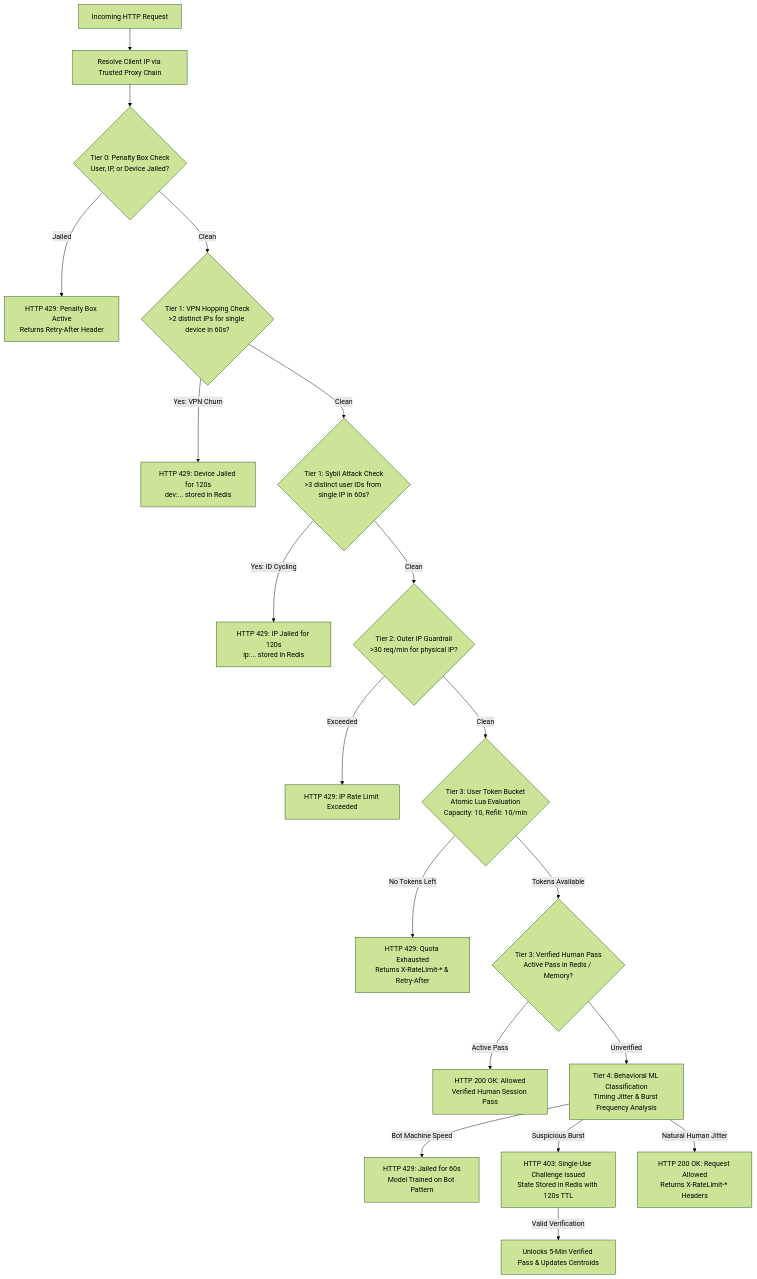
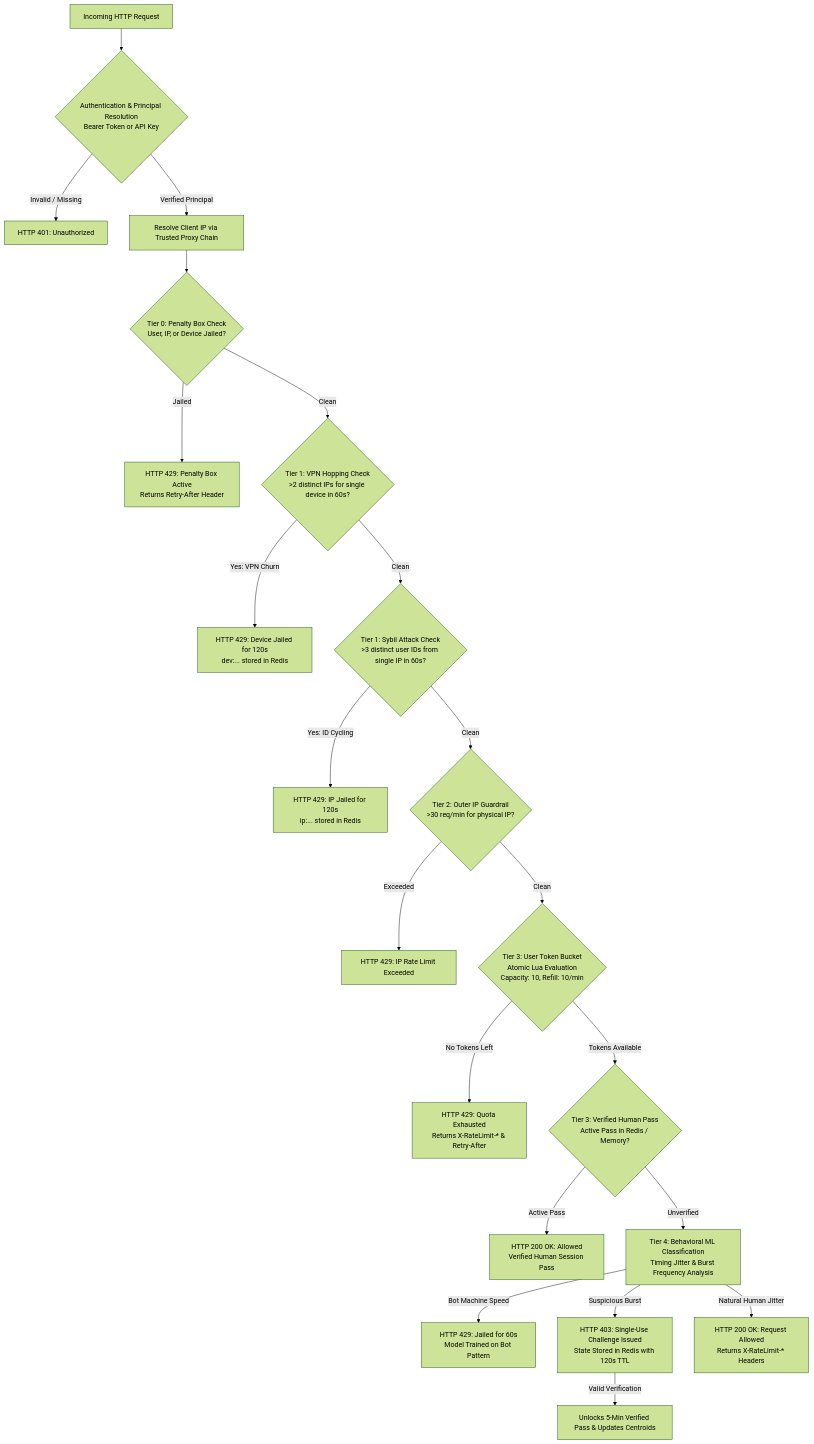
One commit to sharvi16/distributed-rate-limiter changed the diagram in README.md. Above: the diagram before and after it, drawn with Mermaid (forest theme). The commit also changed other lines of this file and 5 other files, not shown here.

Commit message:
fix(auth): enforce strict cryptographic signature, token expiry, entropy checks, and unified endpoint auth

````diff
--- a/README.md
+++ b/README.md
@@ -11,29 +11,31 @@
 ```mermaid
 flowchart TD
-    Req[Incoming HTTP Request] --> ResolveIP[Resolve Client IP via Trusted Proxy Chain]
+    Req[Incoming HTTP Request] --> AuthCheck{Authentication & Principal Resolution<br/>Bearer Token or API Key}
+    AuthCheck -->|Invalid / Missing| Reject401[HTTP 401: Unauthorized]
+    AuthCheck -->|Verified Principal| ResolveIP[Resolve Client IP via Trusted Proxy Chain]
     ResolveIP --> PenaltyCheck{Tier 0: Penalty Box Check<br/>User, IP, or Device Jailed?}
     
     PenaltyCheck -->|Jailed| BlockJail[HTTP 429: Penalty Box Active<br/>Returns Retry-After Header]
     PenaltyCheck -->|Clean| VPNHopping{Tier 1: VPN Hopping Check<br/>>2 distinct IPs for single device in 60s?}
     
     VPNHopping -->|Yes: VPN Churn| JailDevice[HTTP 429: Device Jailed for 120s<br/>dev:... stored in Redis]
     VPNHopping -->|Clean| SybilCheck{Tier 1: Sybil Attack Check<br/>>3 distinct user IDs from single IP in 60s?}
     
     SybilCheck -->|Yes: ID Cycling| JailIP[HTTP 429: IP Jailed for 120s<br/>ip:... stored in Redis]
     SybilCheck -->|Clean| OuterIPLimit{Tier 2: Outer IP Guardrail<br/>>30 req/min for physical IP?}
     
     OuterIPLimit -->|Exceeded| BlockIP[HTTP 429: IP Rate Limit Exceeded]
     OuterIPLimit -->|Clean| UserQuota{Tier 3: User Token Bucket<br/>Atomic Lua Evaluation<br/>Capacity: 10, Refill: 10/min}
     
     UserQuota -->|No Tokens Left| BlockUser[HTTP 429: Quota Exhausted<br/>Returns X-RateLimit-* & Retry-After]
     UserQuota -->|Tokens Available| VerifiedCheck{Tier 3: Verified Human Pass<br/>Active Pass in Redis / Memory?}
     
     VerifiedCheck -->|Active Pass| AllowVerified[HTTP 200 OK: Allowed<br/>Verified Human Session Pass]
     VerifiedCheck -->|Unverified| MLBehavior[Tier 4: Behavioral ML Classification<br/>Timing Jitter & Burst Frequency Analysis]
     
     MLBehavior -->|Bot Machine Speed| JailBot[HTTP 429: Jailed for 60s<br/>Model Trained on Bot Pattern]
     MLBehavior -->|Suspicious Burst| IssueChallenge[HTTP 403: Single-Use Challenge Issued<br/>State Stored in Redis with 120s TTL]
     MLBehavior -->|Natural Human Jitter| AllowHuman[HTTP 200 OK: Request Allowed<br/>Returns X-RateLimit-* Headers]
 
     IssueChallenge -->|Valid Verification| GrantPass[Unlocks 5-Min Verified Pass & Updates Centroids]
 ```
````
